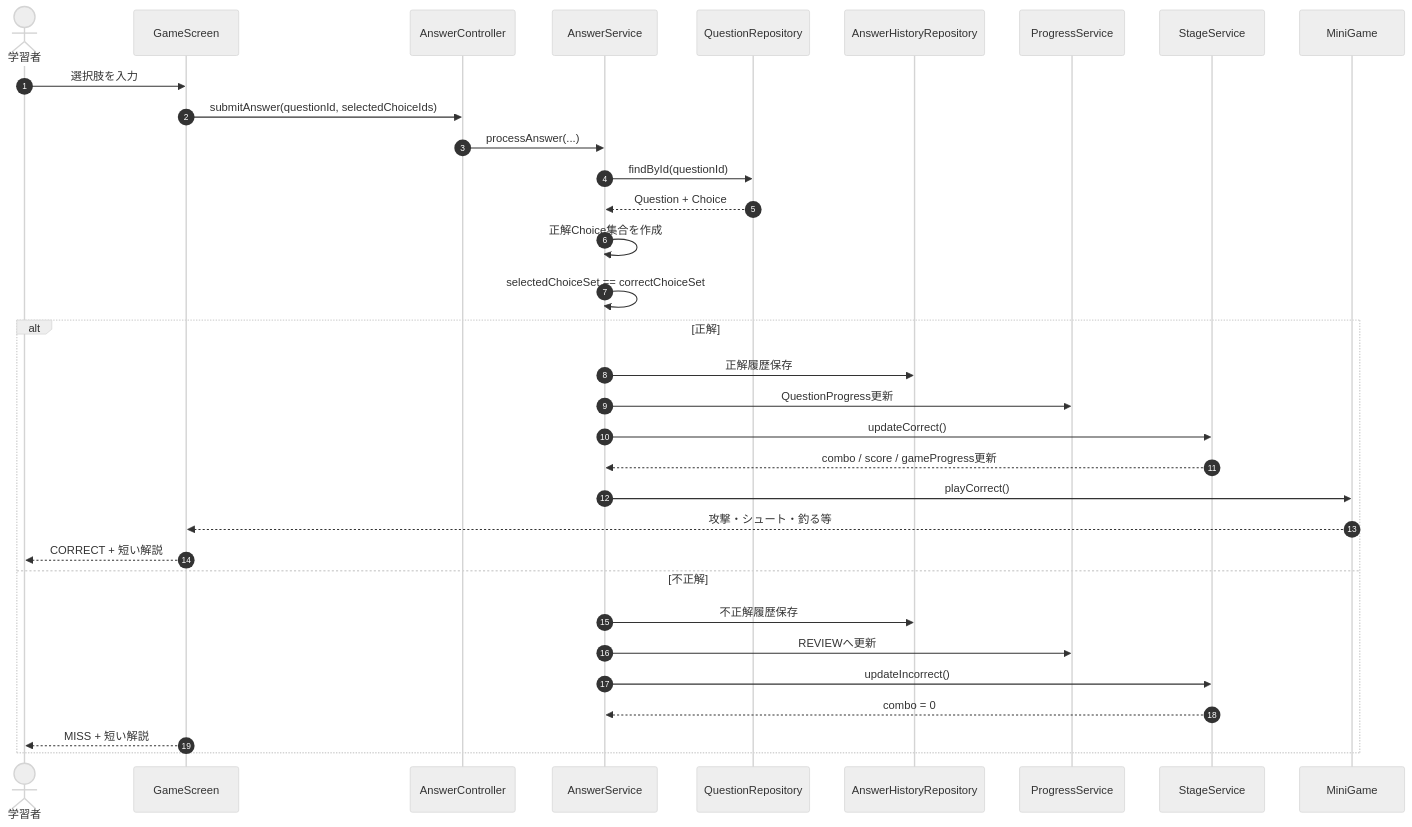
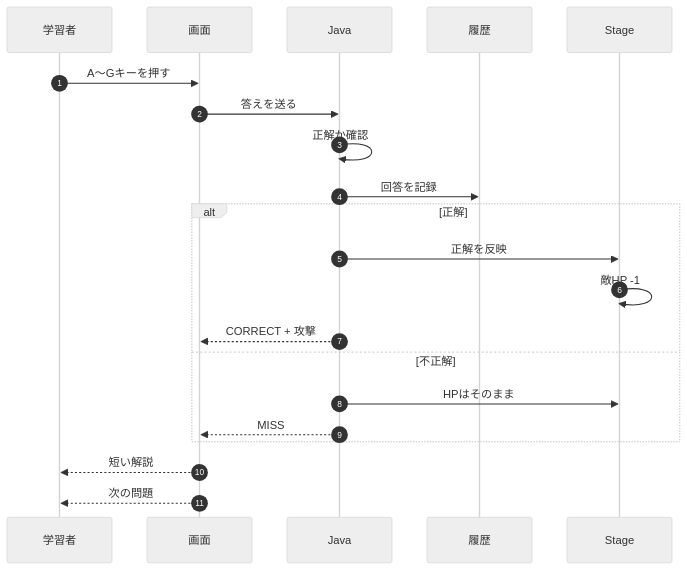
Before and after one commit to suu-dev-0203/graduation_JAVAgame: the ninth of 15 diagrams in README.md, drawn with Mermaid (neutral theme). The commit also changed other lines of this file, not shown here.

First line of the commit message:
READMEを初心者向けに更新し、ゲーム仕様と設計図を整理

````diff
--- a/README.md
+++ b/README.md
@@ -2112,40 +1977,26 @@
 ```mermaid
 sequenceDiagram
     autonumber
+    participant 学習者
+    participant 画面
+    participant Java
+    participant 履歴
+    participant Stage
 
-    actor User as 学習者
-    participant Game as GameScreen
-    participant Controller as AnswerController
-    participant Answer as AnswerService
-    participant QuestionRepo as QuestionRepository
-    participant History as AnswerHistoryRepository
-    participant Progress as ProgressService
-    participant Stage as StageService
-    participant Effect as MiniGame
-
-    User->>Game: 選択肢を入力
-    Game->>Controller: submitAnswer(questionId, selectedChoiceIds)
-
-    Controller->>Answer: processAnswer(...)
-    Answer->>QuestionRepo: findById(questionId)
-    QuestionRepo-->>Answer: Question + Choice
-
-    Answer->>Answer: 正解Choice集合を作成
-    Answer->>Answer: selectedChoiceSet == correctChoiceSet
+    学習者->>画面: A～Gキーを押す
+    画面->>Java: 答えを送る
+    Java->>Java: 正解か確認
+    Java->>履歴: 回答を記録
 
     alt 正解
-        Answer->>History: 正解履歴保存
-        Answer->>Progress: QuestionProgress更新
-        Answer->>Stage: updateCorrect()
-        Stage-->>Answer: combo / score / gameProgress更新
-        Answer->>Effect: playCorrect()
-        Effect-->>Game: 攻撃・シュート・釣る等
-        Game-->>User: CORRECT + 短い解説
+        Java->>Stage: 正解を反映
+        Stage->>Stage: 敵HP -1
+        Java-->>画面: CORRECT + 攻撃
     else 不正解
-        Answer->>History: 不正解履歴保存
-        Answer->>Progress: REVIEWへ更新
-        Answer->>Stage: updateIncorrect()
-        Stage-->>Answer: combo = 0
-        Game-->>User: MISS + 短い解説
+        Java->>Stage: HPはそのまま
+        Java-->>画面: MISS
     end
+
+    画面-->>学習者: 短い解説
+    画面-->>学習者: 次の問題
 ```
````
